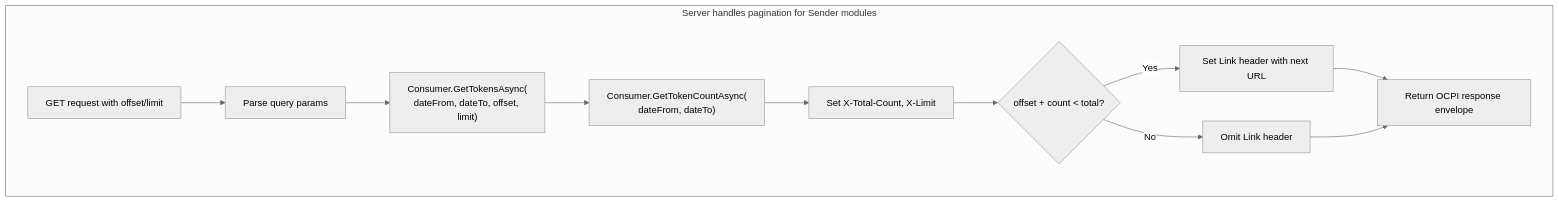
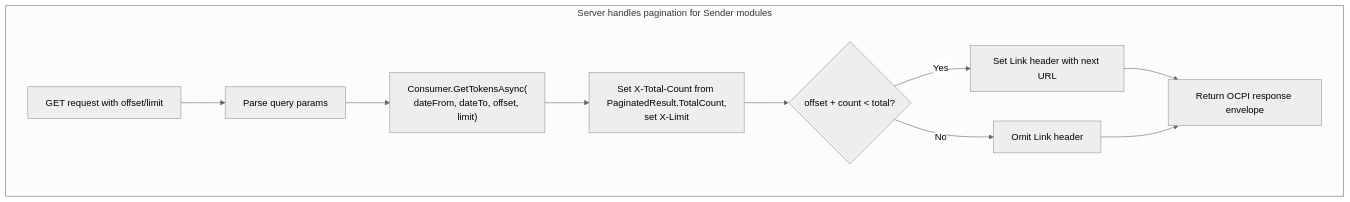
Before and after one commit to hannan-m/DotOcpi: diagram 32 of 34 in docs/architecture.md, drawn with Mermaid (neutral theme). The commit also changed other lines of this file and 19 other files, not shown here.

````diff
--- a/docs/architecture.md
+++ b/docs/architecture.md
@@ -1178,14 +1170,13 @@
 ```mermaid
 graph TD
     subgraph "Server handles pagination for Sender modules"
         Req[GET request with offset/limit] --> Parse[Parse query params]
         Parse --> Query["Consumer.GetTokensAsync(<br/>dateFrom, dateTo, offset, limit)"]
-        Query --> Count["Consumer.GetTokenCountAsync(<br/>dateFrom, dateTo)"]
-        Count --> Headers["Set X-Total-Count, X-Limit"]
+        Query --> Headers["Set X-Total-Count from PaginatedResult.TotalCount,<br/>set X-Limit"]
         Headers --> HasMore{offset + count < total?}
         HasMore -->|Yes| Link["Set Link header with next URL"]
         HasMore -->|No| NoLink[Omit Link header]
         Link --> Respond[Return OCPI response envelope]
         NoLink --> Respond
     end
 ```
````
